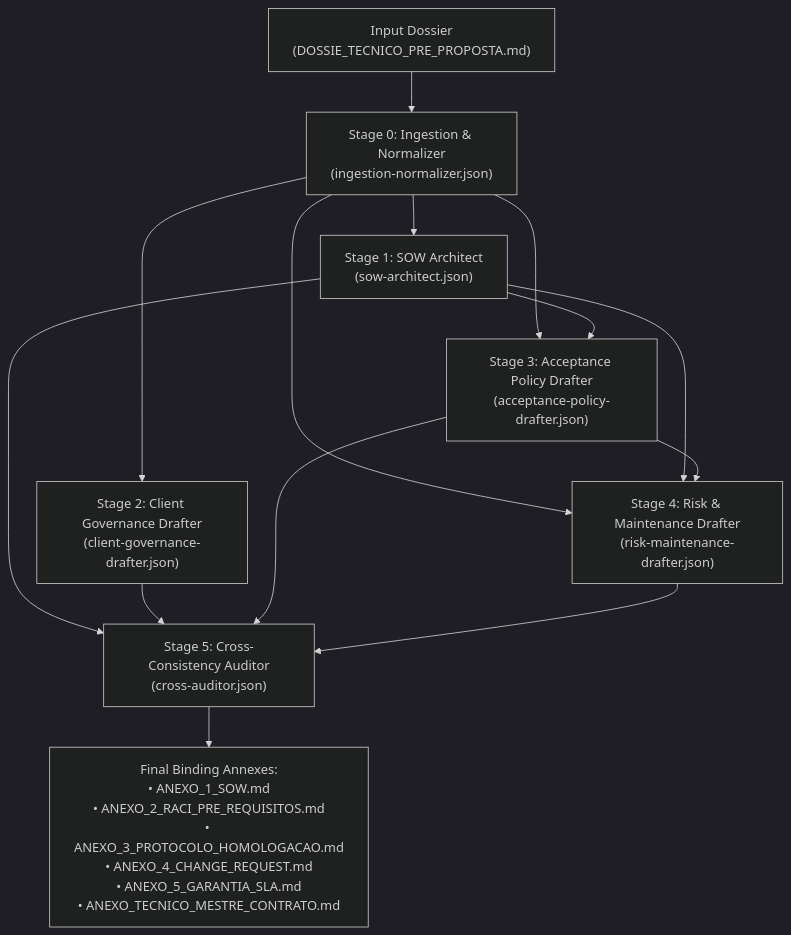
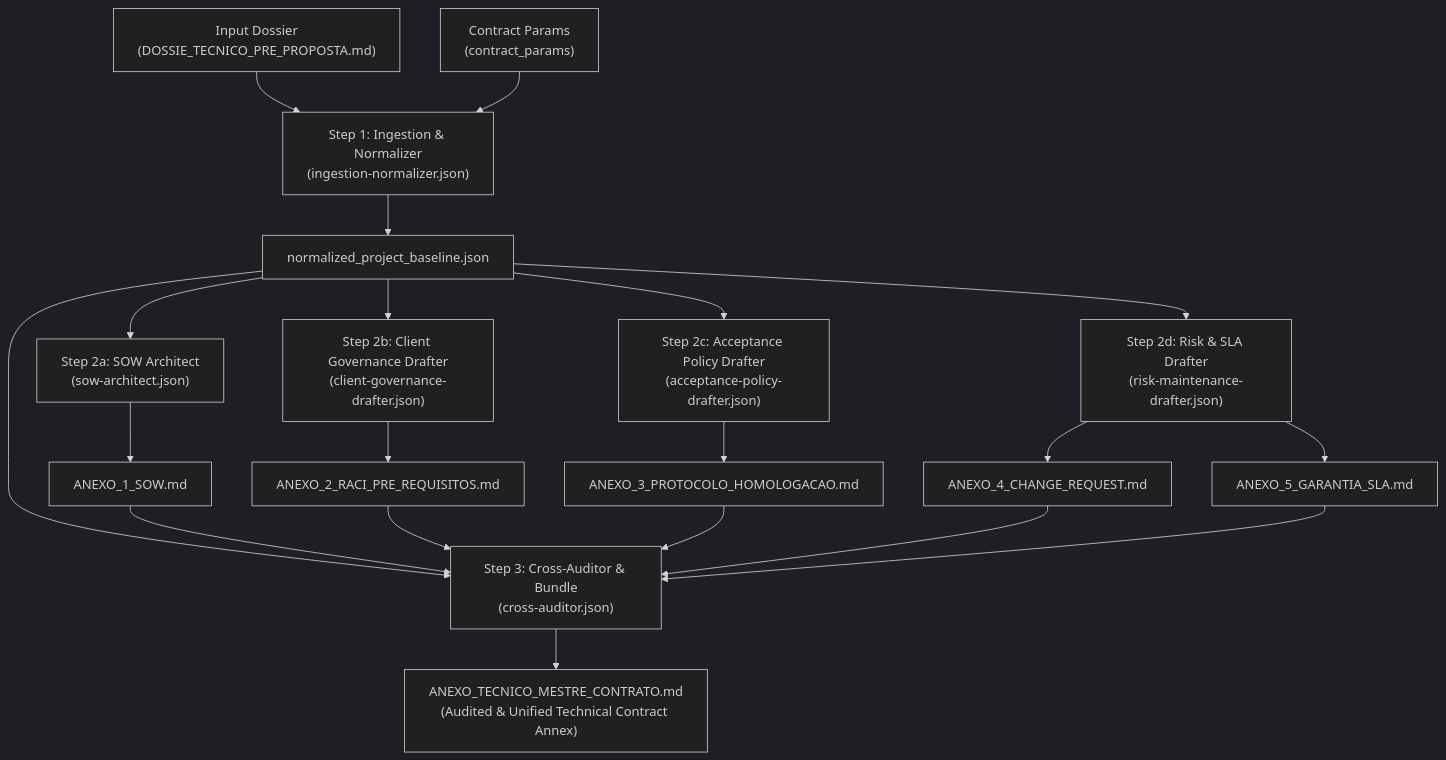
Before and after one commit to HalcyonTech-LTDA/contract-technical-annexes-engine-plugin: the diagram in README.md, drawn with Mermaid (dark theme). The commit also changed other lines of this file and 6 other files, not shown here.

````diff
--- a/README.md
+++ b/README.md
@@ -76,21 +77,27 @@
 ```mermaid
 flowchart TD
-    Dossier["Input Dossier\n(DOSSIE_TECNICO_PRE_PROPOSTA.md)"] --> Norm["Stage 0: Ingestion & Normalizer\n(ingestion-normalizer.json)"]
+    Dossier["Input Dossier\n(DOSSIE_TECNICO_PRE_PROPOSTA.md)"] --> Step1["Step 1: Ingestion & Normalizer\n(ingestion-normalizer.json)"]
+    Params["Contract Params\n(contract_params)"] --> Step1
     
-    Norm --> SOW["Stage 1: SOW Architect\n(sow-architect.json)"]
-    Norm --> RACI["Stage 2: Client Governance Drafter\n(client-governance-drafter.json)"]
+    Step1 --> Baseline["normalized_project_baseline.json"]
     
-    Norm --> Acc["Stage 3: Acceptance Policy Drafter\n(acceptance-policy-drafter.json)"]
-    SOW --> Acc
+    Baseline --> Step2a["Step 2a: SOW Architect\n(sow-architect.json)"]
+    Baseline --> Step2b["Step 2b: Client Governance Drafter\n(client-governance-drafter.json)"]
+    Baseline --> Step2c["Step 2c: Acceptance Policy Drafter\n(acceptance-policy-drafter.json)"]
+    Baseline --> Step2d["Step 2d: Risk & SLA Drafter\n(risk-maintenance-drafter.json)"]
     
-    Norm --> Risk["Stage 4: Risk & Maintenance Drafter\n(risk-maintenance-drafter.json)"]
-    SOW --> Risk
-    Acc --> Risk
+    Step2a --> A1["ANEXO_1_SOW.md"]
+    Step2b --> A2["ANEXO_2_RACI_PRE_REQUISITOS.md"]
+    Step2c --> A3["ANEXO_3_PROTOCOLO_HOMOLOGACAO.md"]
+    Step2d --> A4["ANEXO_4_CHANGE_REQUEST.md"]
+    Step2d --> A5["ANEXO_5_GARANTIA_SLA.md"]
     
-    SOW --> Audit["Stage 5: Cross-Consistency Auditor\n(cross-auditor.json)"]
-    RACI --> Audit
-    Acc --> Audit
-    Risk --> Audit
+    Baseline --> Step3["Step 3: Cross-Auditor & Bundle\n(cross-auditor.json)"]
+    A1 --> Step3
+    A2 --> Step3
+    A3 --> Step3
+    A4 --> Step3
+    A5 --> Step3
     
-    Audit --> Outputs["Final Binding Annexes:\n• ANEXO_1_SOW.md\n• ANEXO_2_RACI_PRE_REQUISITOS.md\n• ANEXO_3_PROTOCOLO_HOMOLOGACAO.md\n• ANEXO_4_CHANGE_REQUEST.md\n• ANEXO_5_GARANTIA_SLA.md\n• ANEXO_TECNICO_MESTRE_CONTRATO.md"]
+    Step3 --> Master["ANEXO_TECNICO_MESTRE_CONTRATO.md\n(Audited & Unified Technical Contract Annex)"]
 ```
````
